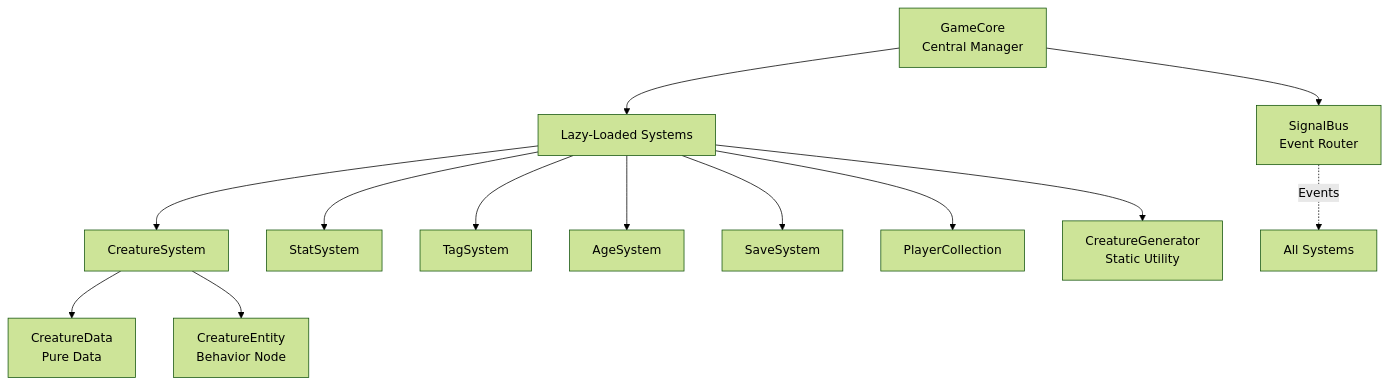
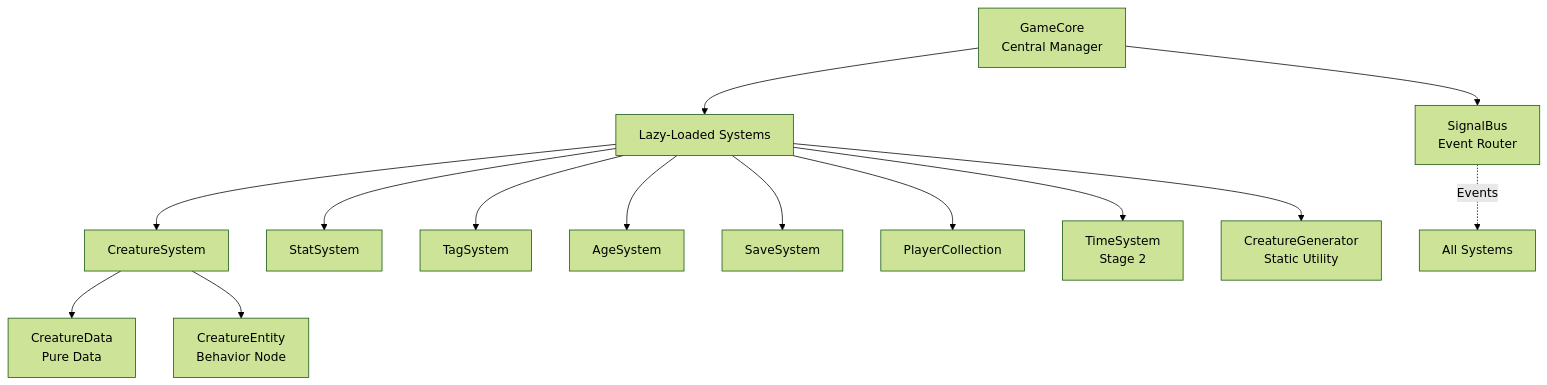
The diagram in docs/development/SYSTEMS_INTEGRATION_GUIDE.md (Mezzyface/ranch), drawn with Mermaid (forest theme) before and after one commit. The commit also changed other lines of this file and 11 other files, not shown here.

First line of the commit message:
feat(time): implement complete TimeSystem with weekly progression and events

````diff
--- a/docs/development/SYSTEMS_INTEGRATION_GUIDE.md
+++ b/docs/development/SYSTEMS_INTEGRATION_GUIDE.md
@@ -12,18 +13,19 @@
 ```mermaid
 graph TD
     GameCore[GameCore<br/>Central Manager] --> SignalBus[SignalBus<br/>Event Router]
     GameCore --> Systems[Lazy-Loaded Systems]
 
     Systems --> CreatureSystem[CreatureSystem]
     Systems --> StatSystem[StatSystem]
     Systems --> TagSystem[TagSystem]
     Systems --> AgeSystem[AgeSystem]
     Systems --> SaveSystem[SaveSystem]
     Systems --> PlayerCollection[PlayerCollection]
+    Systems --> TimeSystem[TimeSystem<br/>Stage 2]
     Systems --> Generator[CreatureGenerator<br/>Static Utility]
 
     CreatureSystem --> CreatureData[CreatureData<br/>Pure Data]
     CreatureSystem --> CreatureEntity[CreatureEntity<br/>Behavior Node]
 
     SignalBus -.->|Events| AllSystems[All Systems]
 ```
````
